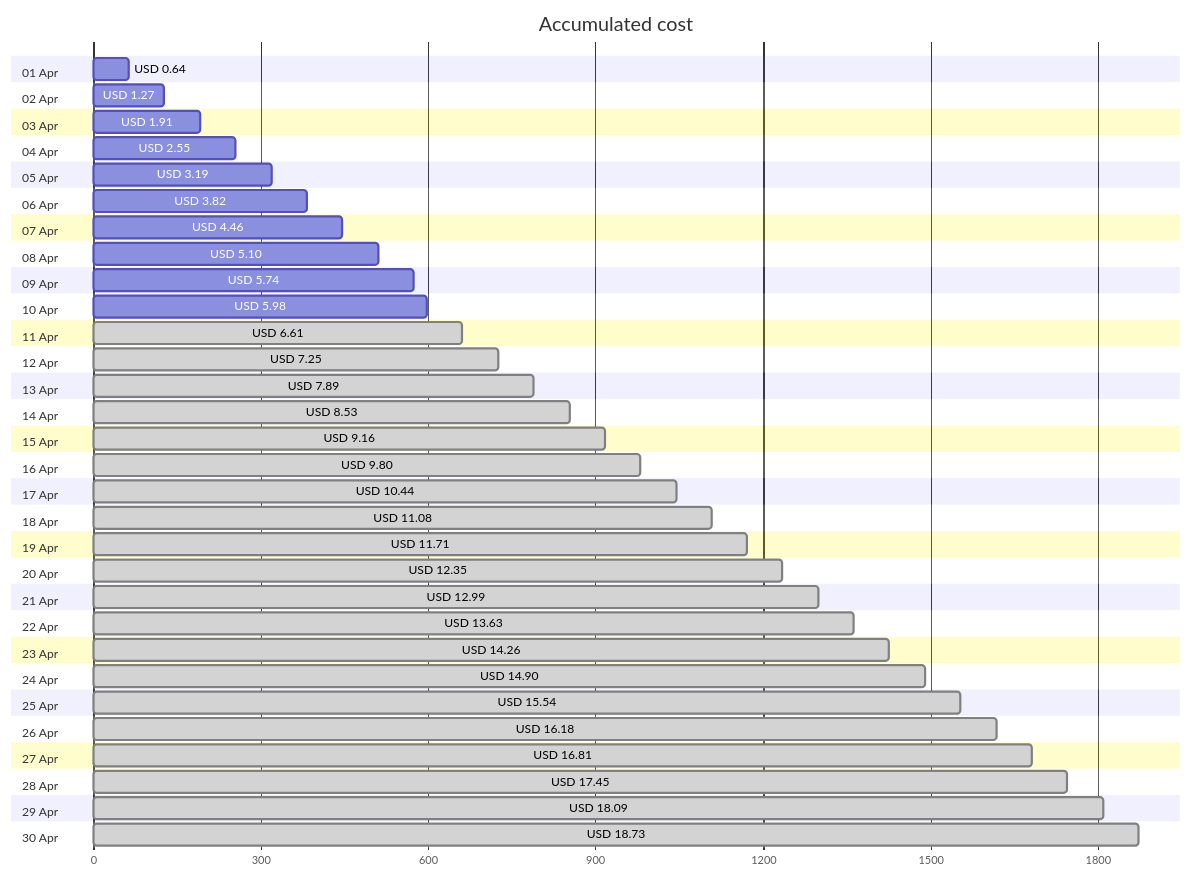
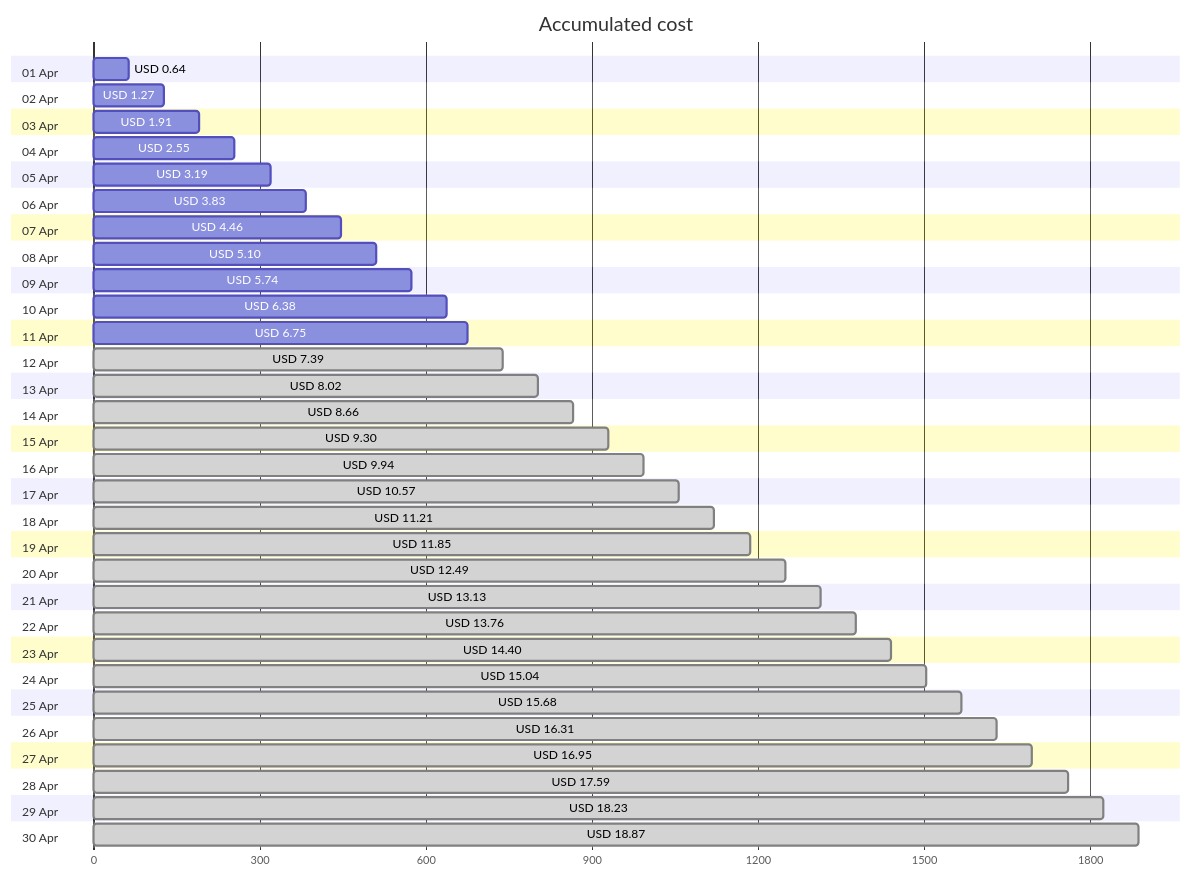
Before and after one commit to jpfulton/azure-personal-reports: the first of 4 diagrams in cost-reports/accumulated-cost.md, drawn with Mermaid. The commit also changed other lines of this file and 4 other files, not shown here.

````diff
--- a/cost-reports/accumulated-cost.md
+++ b/cost-reports/accumulated-cost.md
@@ -20,66 +20,66 @@
 ```mermaid
 gantt
    title Accumulated cost
    dateFormat  X
    axisFormat %s
    section 01 Apr
    USD 0.64 :0, 64
    section 02 Apr
    USD 1.27 :0, 127
    section 03 Apr
    USD 1.91 :0, 191
    section 04 Apr
    USD 2.55 :0, 255
    section 05 Apr
    USD 3.19 :0, 319
    section 06 Apr
-   USD 3.82 :0, 382
+   USD 3.83 :0, 383
    section 07 Apr
    USD 4.46 :0, 446
    section 08 Apr
    USD 5.10 :0, 510
    section 09 Apr
    USD 5.74 :0, 574
    section 10 Apr
-   USD 5.98 :0, 598
+   USD 6.38 :0, 638
    section 11 Apr
-   USD 6.61 : done, 0, 661
+   USD 6.75 :0, 675
    section 12 Apr
-   USD 7.25 : done, 0, 725
+   USD 7.39 : done, 0, 739
    section 13 Apr
-   USD 7.89 : done, 0, 789
+   USD 8.02 : done, 0, 802
    section 14 Apr
-   USD 8.53 : done, 0, 853
+   USD 8.66 : done, 0, 866
    section 15 Apr
-   USD 9.16 : done, 0, 916
+   USD 9.30 : done, 0, 930
    section 16 Apr
-   USD 9.80 : done, 0, 980
+   USD 9.94 : done, 0, 994
    section 17 Apr
-   USD 10.44 : done, 0, 1044
+   USD 10.57 : done, 0, 1057
    section 18 Apr
-   USD 11.08 : done, 0, 1108
+   USD 11.21 : done, 0, 1121
    section 19 Apr
-   USD 11.71 : done, 0, 1171
+   USD 11.85 : done, 0, 1185
    section 20 Apr
-   USD 12.35 : done, 0, 1235
+   USD 12.49 : done, 0, 1249
    section 21 Apr
-   USD 12.99 : done, 0, 1299
+   USD 13.13 : done, 0, 1313
    section 22 Apr
-   USD 13.63 : done, 0, 1363
+   USD 13.76 : done, 0, 1376
    section 23 Apr
-   USD 14.26 : done, 0, 1426
+   USD 14.40 : done, 0, 1440
    section 24 Apr
-   USD 14.90 : done, 0, 1490
+   USD 15.04 : done, 0, 1504
    section 25 Apr
-   USD 15.54 : done, 0, 1554
+   USD 15.68 : done, 0, 1568
    section 26 Apr
-   USD 16.18 : done, 0, 1618
+   USD 16.31 : done, 0, 1631
    section 27 Apr
-   USD 16.81 : done, 0, 1681
+   USD 16.95 : done, 0, 1695
    section 28 Apr
-   USD 17.45 : done, 0, 1745
+   USD 17.59 : done, 0, 1759
    section 29 Apr
-   USD 18.09 : done, 0, 1809
+   USD 18.23 : done, 0, 1823
    section 30 Apr
-   USD 18.73 : done, 0, 1873
+   USD 18.87 : done, 0, 1887
 ```
````
